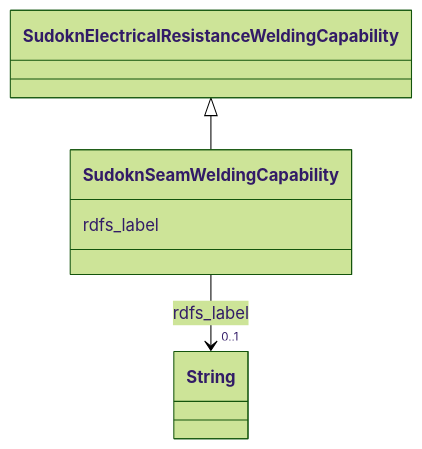
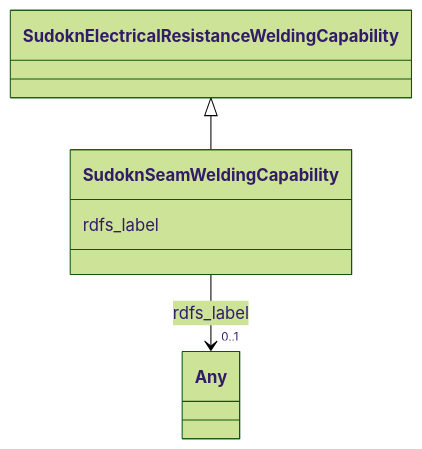
Before and after one commit to frink-okn/graph-descriptions: the diagram in sudokn-kg/classes/SudoknSeamWeldingCapability.md, drawn with Mermaid (forest theme). The commit also changed other lines of this file and 903 other files, not shown here.

````diff
--- a/sudokn-kg/classes/SudoknSeamWeldingCapability.md
+++ b/sudokn-kg/classes/SudoknSeamWeldingCapability.md
@@ -23,18 +16,18 @@
 ```mermaid
  classDiagram
     class SudoknSeamWeldingCapability
     click SudoknSeamWeldingCapability href "../SudoknSeamWeldingCapability"
       SudoknElectricalResistanceWeldingCapability <|-- SudoknSeamWeldingCapability
         click SudoknElectricalResistanceWeldingCapability href "../SudoknElectricalResistanceWeldingCapability"
       
       SudoknSeamWeldingCapability : rdfs_label
         
           
     
     
-    SudoknSeamWeldingCapability --> "0..1" String : rdfs_label
-    click String href "../String"
+    SudoknSeamWeldingCapability --> "0..1" Any : rdfs_label
+    click Any href "../Any"
 
         
       
 ```
````
